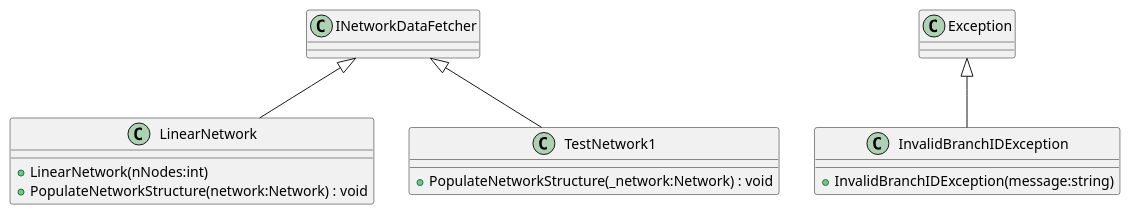
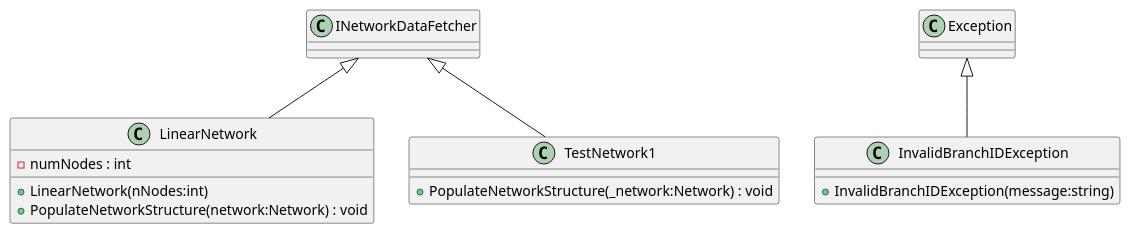
One commit to Liftyee/london-tube-navigator changed the diagram in TubeChallengeRouter/puml/DataFetcher/TestingNetworks.puml. Above: the diagram before and after it, drawn with PlantUML. The commit also changed 36 other files, not shown here.

Commit message:
regenerate uml

```diff
--- a/TubeChallengeRouter/puml/DataFetcher/TestingNetworks.puml
+++ b/TubeChallengeRouter/puml/DataFetcher/TestingNetworks.puml
@@ -1,15 +1,16 @@
 @startuml
 class LinearNetwork {
+    - numNodes : int
     + LinearNetwork(nNodes:int)
     + PopulateNetworkStructure(network:Network) : void
 }
 class TestNetwork1 {
     + PopulateNetworkStructure(_network:Network) : void
 }
 class InvalidBranchIDException {
     + InvalidBranchIDException(message:string)
 }
 INetworkDataFetcher <|-- LinearNetwork
 INetworkDataFetcher <|-- TestNetwork1
 Exception <|-- InvalidBranchIDException
 @enduml
```
